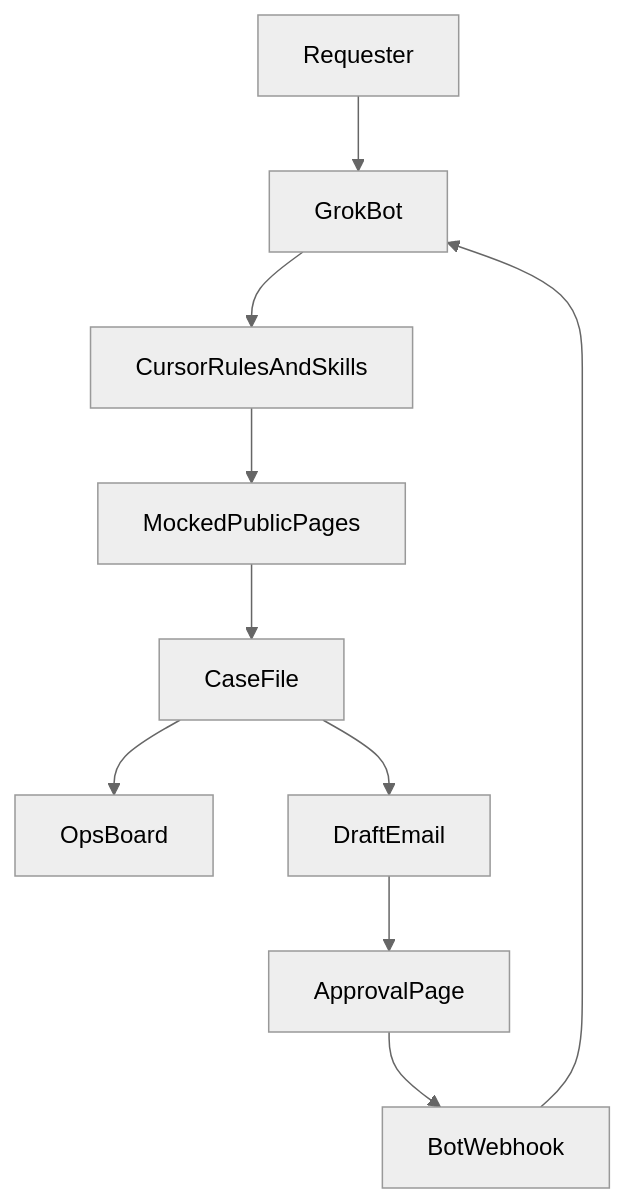
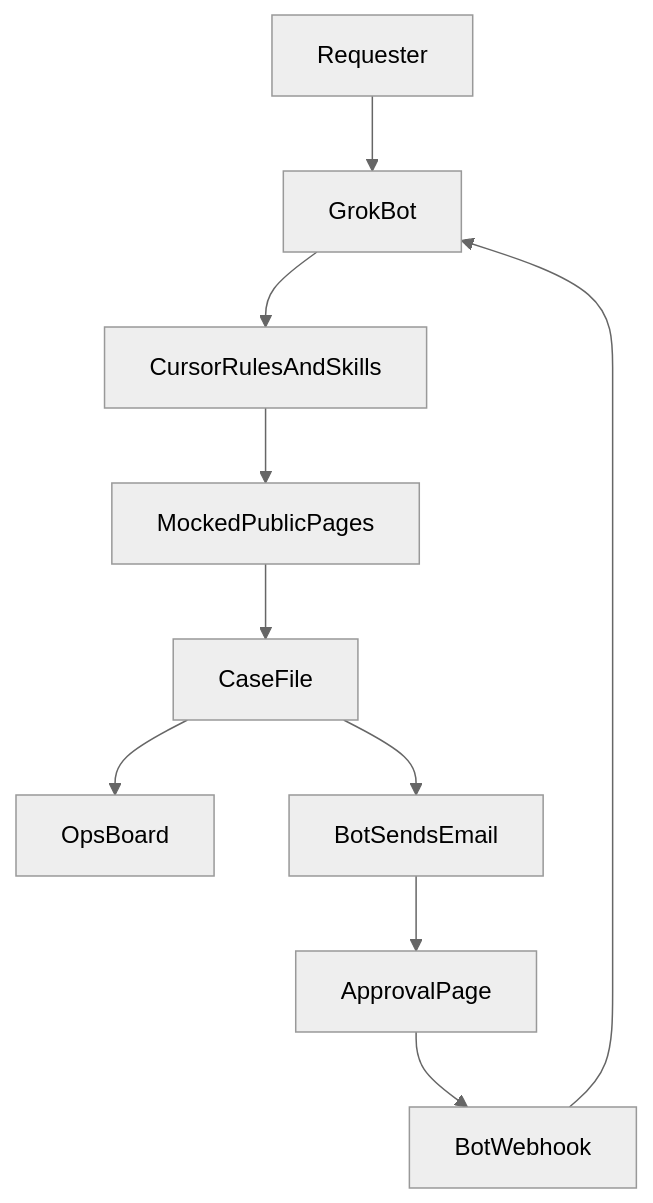
One commit to alexbhp/ac-solarch changed the first of 2 diagrams in slides/slides.md. Above: the diagram before and after it, drawn with Mermaid (neutral theme). The commit also changed other lines of this file and 21 other files, not shown here.

````diff
--- a/slides/slides.md
+++ b/slides/slides.md
@@ -67,12 +67,12 @@
 ```mermaid
 flowchart TD
   requester[Requester] --> bot[GrokBot]
   bot --> skills[CursorRulesAndSkills]
   skills --> fixtures[MockedPublicPages]
   fixtures --> caseFile[CaseFile]
   caseFile --> ops[OpsBoard]
-  caseFile --> email[DraftEmail]
+  caseFile --> email[BotSendsEmail]
   email --> approval[ApprovalPage]
   approval --> hook[BotWebhook]
   hook --> bot
 ```
````
